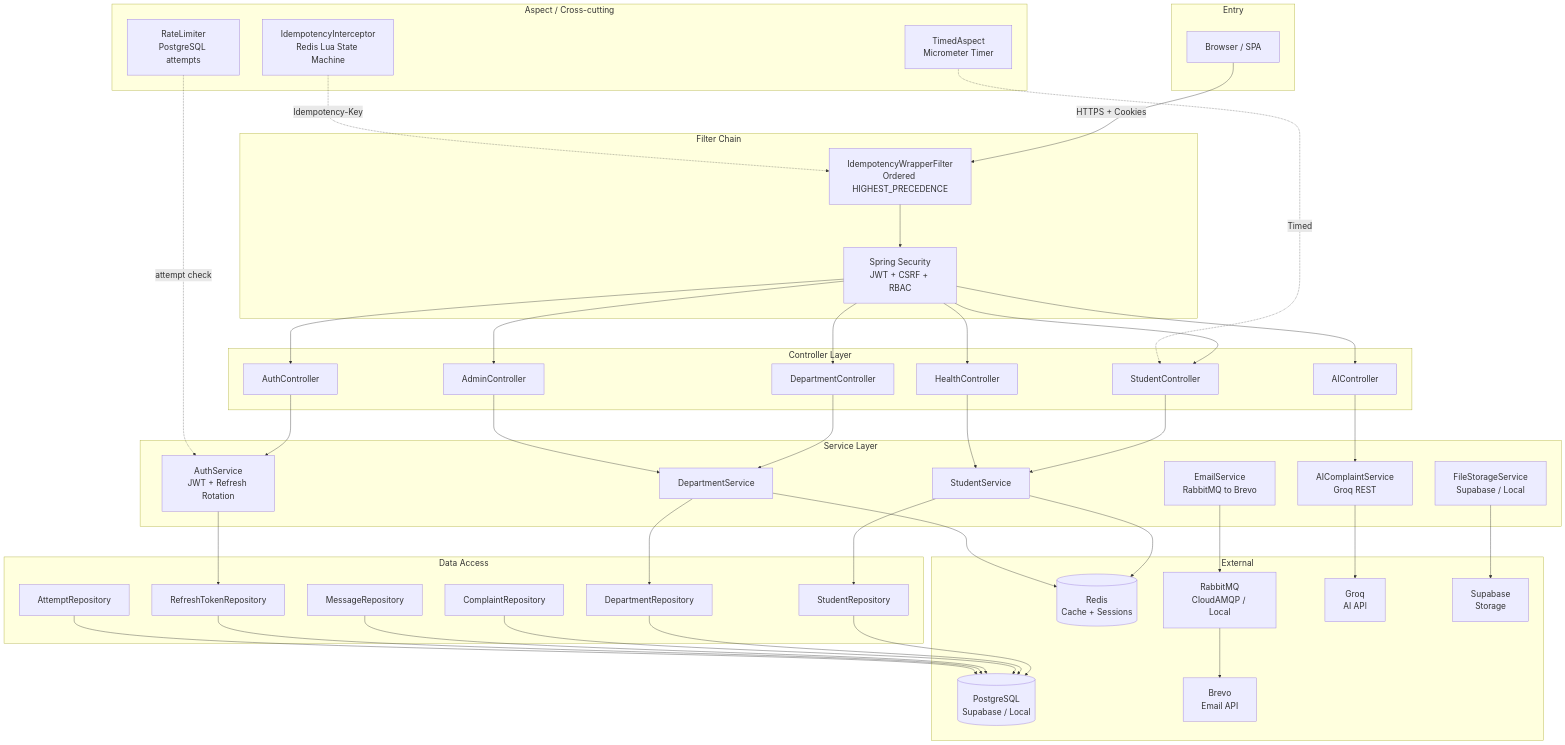
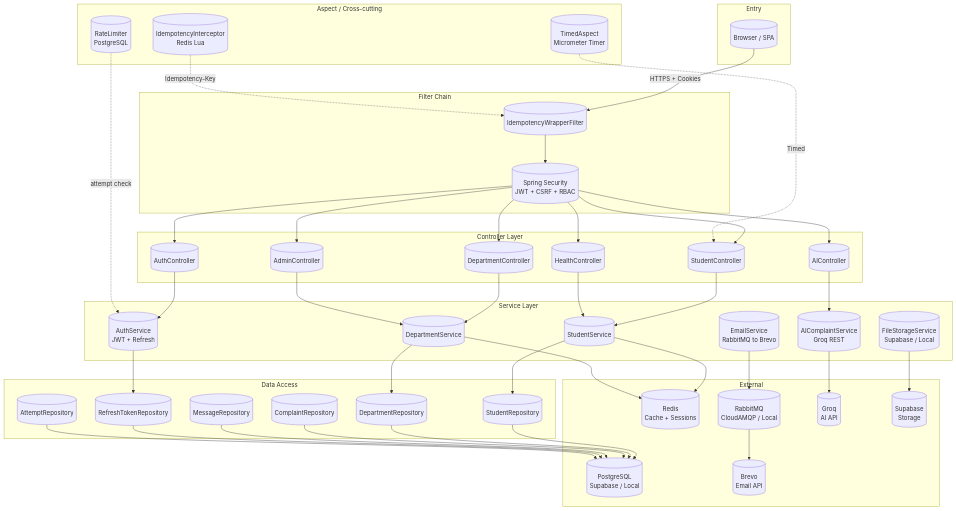
The second of 2 diagrams in README.md (emmanuel-40/s2dcms-backend), drawn with Mermaid before and after one commit. The commit also changed other lines of this file, not shown here.

Commit message:
fix: standardize mermaid diagram syntax for reliable GitHub rendering

````diff
--- a/README.md
+++ b/README.md
@@ -774,58 +774,57 @@
 ```mermaid
-%%{init: {'themeVariables': {'fontSize': '22px'}, 'flowchart': {'nodeSpacing': 60, 'rankSpacing': 80, 'padding': 24, 'useMaxWidth': false}}}%%
 flowchart TB
     subgraph Entry["Entry"]
-        Client["Browser / SPA"]
+        Client[("Browser / SPA")]
     end
 
-    subgraph Filter_Chain["Filter Chain"]
-        F1["IdempotencyWrapperFilter<br>Ordered HIGHEST_PRECEDENCE"]
-        F2["Spring Security<br>JWT + CSRF + RBAC"]
+    subgraph FilterChain["Filter Chain"]
+        F1[("IdempotencyWrapperFilter")]
+        F2[("Spring Security<br>JWT + CSRF + RBAC")]
     end
 
-    subgraph Controller_Layer["Controller Layer"]
-        C1["StudentController"]
-        C2["DepartmentController"]
-        C3["AdminController"]
-        C4["AuthController"]
-        C5["AIController"]
-        C6["HealthController"]
+    subgraph ControllerLayer["Controller Layer"]
+        C1[("StudentController")]
+        C2[("DepartmentController")]
+        C3[("AdminController")]
+        C4[("AuthController")]
+        C5[("AIController")]
+        C6[("HealthController")]
     end
 
-    subgraph Service_Layer["Service Layer"]
-        S1["AuthService<br>JWT + Refresh Rotation"]
-        S2["StudentService"]
-        S3["DepartmentService"]
-        S4["EmailService<br>RabbitMQ to Brevo"]
-        S5["AIComplaintService<br>Groq REST"]
-        S6["FileStorageService<br>Supabase / Local"]
+    subgraph ServiceLayer["Service Layer"]
+        S1[("AuthService<br>JWT + Refresh")]
+        S2[("StudentService")]
+        S3[("DepartmentService")]
+        S4[("EmailService<br>RabbitMQ to Brevo")]
+        S5[("AIComplaintService<br>Groq REST")]
+        S6[("FileStorageService<br>Supabase / Local")]
     end
 
     subgraph Aspect["Aspect / Cross-cutting"]
-        A1["TimedAspect<br>Micrometer Timer"]
-        A2["IdempotencyInterceptor<br>Redis Lua State Machine"]
-        A3["RateLimiter<br>PostgreSQL attempts"]
+        A1[("TimedAspect<br>Micrometer Timer")]
+        A2[("IdempotencyInterceptor<br>Redis Lua")]
+        A3[("RateLimiter<br>PostgreSQL")]
     end
 
-    subgraph Data_Access["Data Access"]
-        R1["StudentRepository"]
-        R2["DepartmentRepository"]
-        R3["ComplaintRepository"]
-        R4["MessageRepository"]
-        R5["RefreshTokenRepository"]
-        R6["AttemptRepository"]
+    subgraph DataAccess["Data Access"]
+        R1[("StudentRepository")]
+        R2[("DepartmentRepository")]
+        R3[("ComplaintRepository")]
+        R4[("MessageRepository")]
+        R5[("RefreshTokenRepository")]
+        R6[("AttemptRepository")]
     end
 
     subgraph External["External"]
         PG[("PostgreSQL<br>Supabase / Local")]
         RD[("Redis<br>Cache + Sessions")]
-        MQ["RabbitMQ<br>CloudAMQP / Local"]
-        BR["Brevo<br>Email API"]
-        GQ["Groq<br>AI API"]
-        SB["Supabase<br>Storage"]
+        MQ[("RabbitMQ<br>CloudAMQP / Local")]
+        BR[("Brevo<br>Email API")]
+        GQ[("Groq<br>AI API")]
+        SB[("Supabase<br>Storage")]
     end
 
-    Client -->|"HTTPS + Cookies"| F1
+    Client -->|HTTPS + Cookies| F1
     F1 --> F2
     F2 --> C1
     F2 --> C2
@@ -848,9 +847,9 @@
     S5 --> GQ
     S6 --> SB
 
-    A1 -.->|"Timed"| C1
-    A2 -.->|"Idempotency-Key"| F1
-    A3 -.->|"attempt check"| S1
+    A1 -.->|Timed| C1
+    A2 -.->|Idempotency-Key| F1
+    A3 -.->|attempt check| S1
 
     R1 --> PG
     R2 --> PG
````
